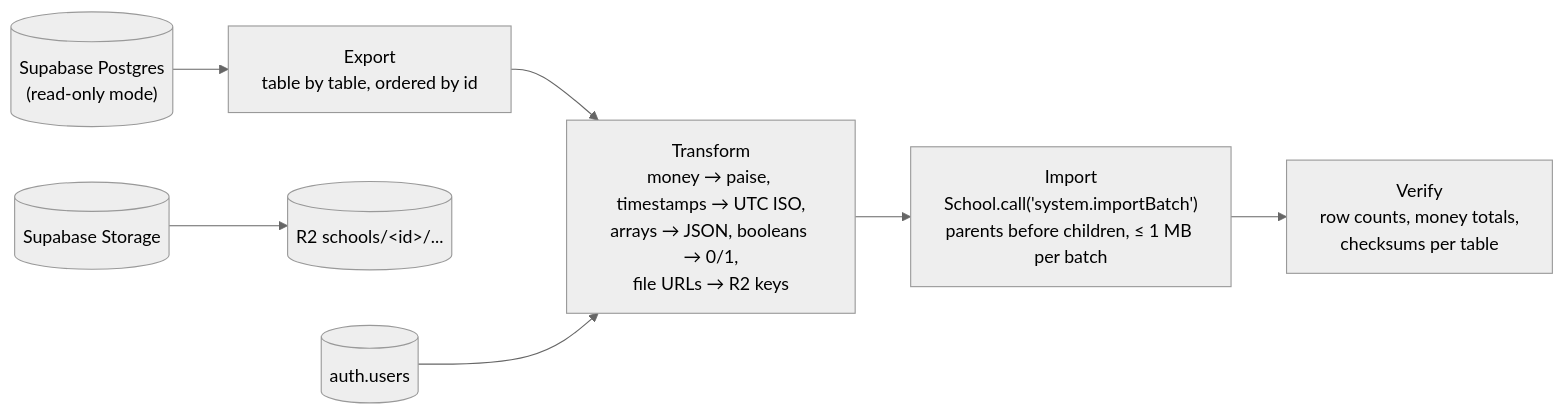
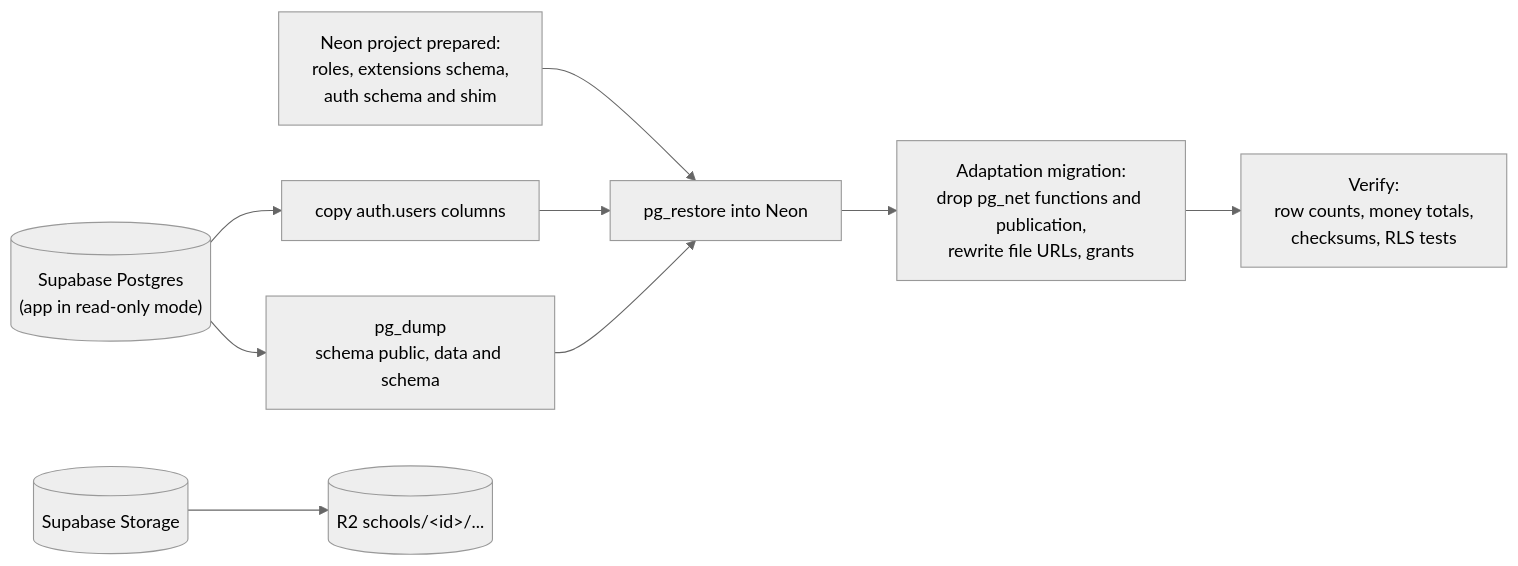
Before and after one commit to Arran0/EduBerry_2026: the diagram in docs/cloudflare-rebuild/13-data-layer.md, drawn with Mermaid (neutral theme). The commit also changed other lines of this file and 10 other files, not shown here.

First line of the commit message:
Rebuild docs: rewrite platform docs 03 and 11-17 around Neon Postgres per school

````diff
--- a/docs/cloudflare-rebuild/13-data-layer.md
+++ b/docs/cloudflare-rebuild/13-data-layer.md
@@ -119,9 +97,11 @@
 ```mermaid
 flowchart LR
-  pg[("Supabase Postgres<br/>(read-only mode)")] --> ex["Export<br/>table by table, ordered by id"]
-  ex --> tr["Transform<br/>money → paise, timestamps → UTC ISO,<br/>arrays → JSON, booleans → 0/1,<br/>file URLs → R2 keys"]
-  tr --> im["Import<br/>School.call('system.importBatch')<br/>parents before children, ≤ 1 MB per batch"]
-  im --> vf["Verify<br/>row counts, money totals,<br/>checksums per table"]
+  sb[("Supabase Postgres<br/>(app in read-only mode)")] --> dump["pg_dump<br/>schema public, data and schema"]
+  sb --> au["copy auth.users columns"]
+  prep["Neon project prepared:<br/>roles, extensions schema,<br/>auth schema and shim"] --> rest
+  au --> rest["pg_restore into Neon"]
+  dump --> rest
+  rest --> adapt["Adaptation migration:<br/>drop pg_net functions and publication,<br/>rewrite file URLs, grants"]
+  adapt --> vf["Verify:<br/>row counts, money totals,<br/>checksums, RLS tests"]
   st[("Supabase Storage")] --> r2[("R2 schools/&lt;id&gt;/...")]
-  au[("auth.users")] --> tr
 ```
````
